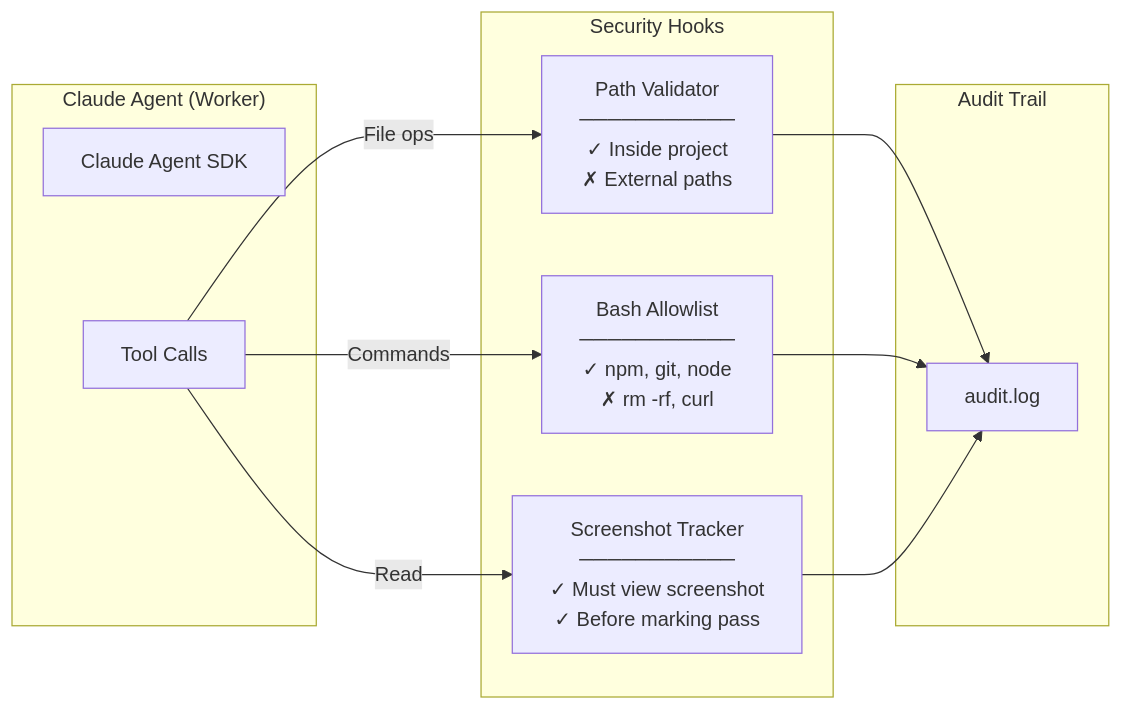
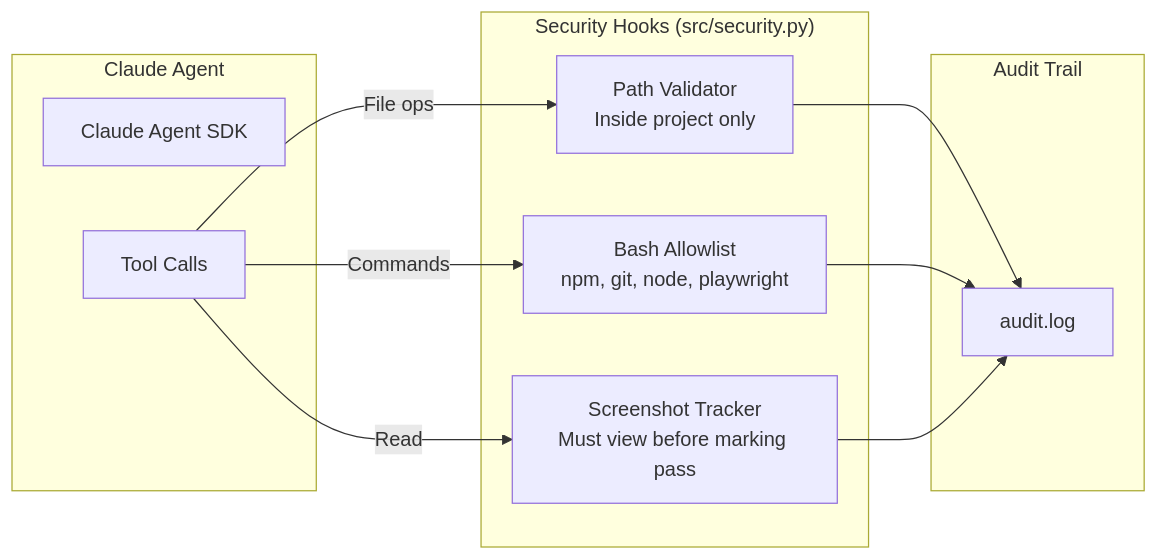
One commit to jawhnycooke/riv2025-long-horizon-coding-agent-demo changed the ninth of 9 diagrams in README.md. Above: the diagram before and after it, drawn with Mermaid. The commit also changed other lines of this file and 7 other files, not shown here.

First line of the commit message:
feat: Implement harness-enforced agent architecture

````diff
--- a/README.md
+++ b/README.md
@@ -182,25 +396,25 @@
 ```mermaid
 flowchart LR
-    subgraph Agent["Claude Agent (Worker)"]
+    subgraph Agent["Claude Agent"]
         SDK["Claude Agent SDK"]
         Tools["Tool Calls"]
     end
 
-    subgraph Hooks["Security Hooks"]
-        PathHook["Path Validator<br/>───────────<br/>✓ Inside project<br/>✗ External paths"]
-        BashHook["Bash Allowlist<br/>───────────<br/>✓ npm, git, node<br/>✗ rm -rf, curl"]
-        TestHook["Screenshot Tracker<br/>───────────<br/>✓ Must view screenshot<br/>✓ Before marking pass"]
+    subgraph Hooks["Security Hooks (src/security.py)"]
+        PathHook["Path Validator<br/>Inside project only"]
+        BashHook["Bash Allowlist<br/>npm, git, node, playwright"]
+        TestHook["Screenshot Tracker<br/>Must view before marking pass"]
     end
 
     subgraph Audit["Audit Trail"]
         Log["audit.log"]
     end
 
     Tools -->|"File ops"| PathHook
     Tools -->|"Commands"| BashHook
     Tools -->|"Read"| TestHook
 
     PathHook --> Log
     BashHook --> Log
     TestHook --> Log
 ```
````
